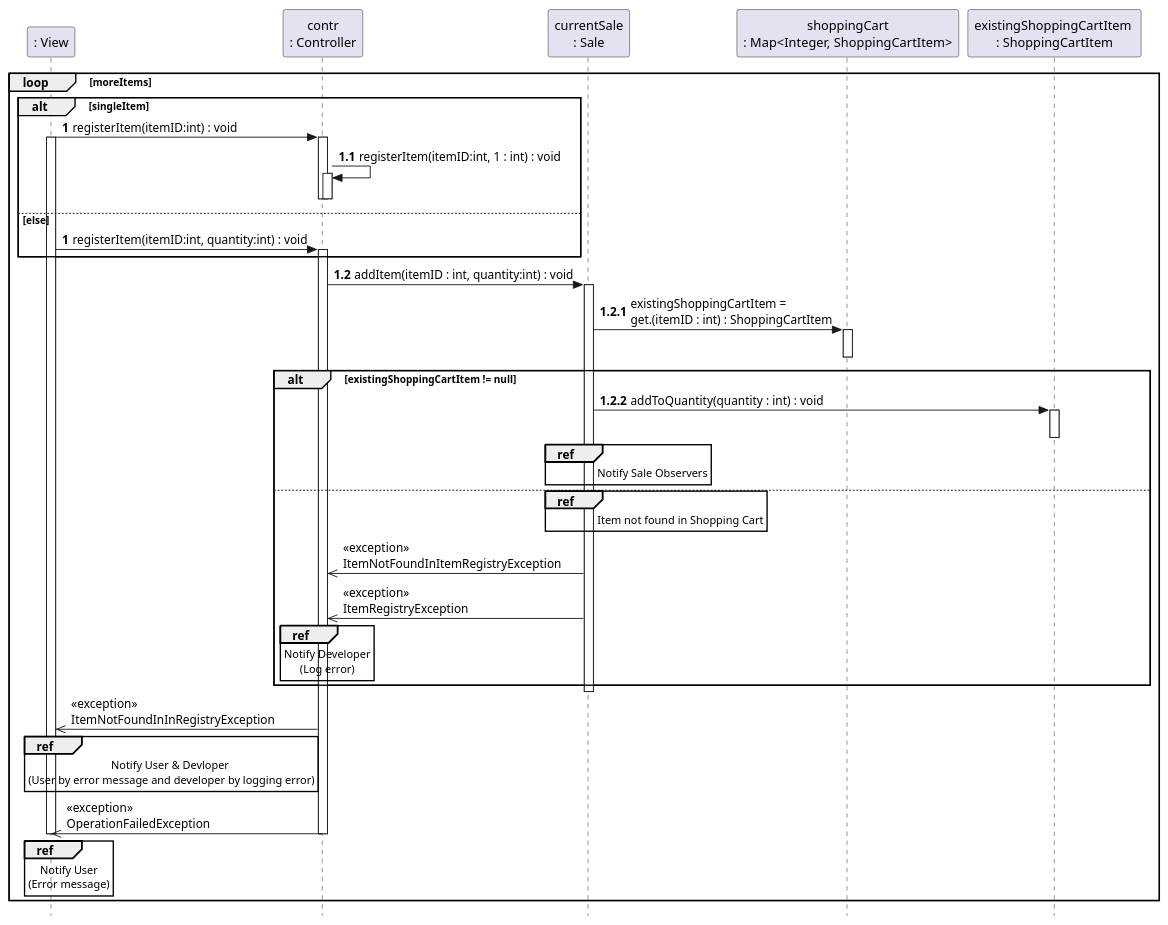
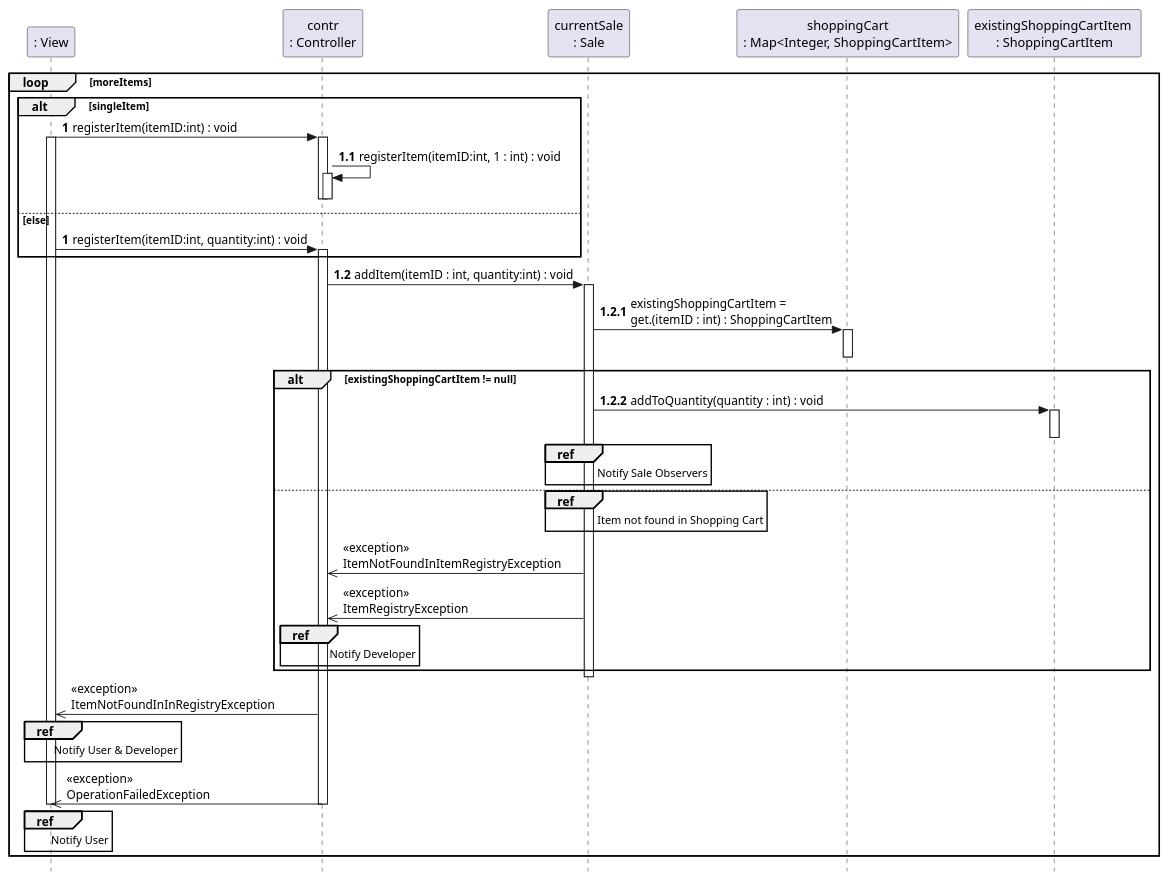
One commit to VincentFerrigan/kth-iv1350-object-oriented-design changed the seventh of 15 diagrams in uml/uml_v3.puml. Above: the diagram before and after it, drawn with PlantUML. The commit also changed other lines of this file, not shown here.

```diff
--- a/uml/uml_v3.puml
+++ b/uml/uml_v3.puml
@@ -671,75 +724,75 @@
 @startuml
 skinparam style strictuml
 
 'title registerItem
 'REGISTERITEM
 hide unlinked
 participant ": View" as View
 participant "contr\n: Controller" as contr
 participant "currentSale\n: Sale" as currentSale
 participant "shoppingCart\n: Map<Integer, ShoppingCartItem>" as shoppingCart
 participant ": RegistryHandler" as RegistryHandler
 'interface ": ItemRegistry" as ItemRegistry
 participant "<<interface>>\n: ItemRegistry" as ItemRegistry
 participant "existingShoppingCartItem \n: ShoppingCartItem" as oldItem
 participant "newShoppingCartItem\n: ShoppingCartItem" as newItem
 
 loop moreItems
 '[validIdentifier]
     alt singleItem
         autonumber 1
         View -> contr : registerItem(itemID:int) : void
         activate View
         activate contr
         autonumber 1.1
         contr -> contr : registerItem(itemID:int, 1 : int) : void
         activate contr
         deactivate contr
         deactivate contr
 
    else else
         autonumber 1
         View -> contr : registerItem(itemID:int, quantity:int) : void
         activate contr
    end
         autonumber 1.2
         contr -> currentSale : addItem(itemID : int, quantity:int) : void
         activate currentSale
             autonumber 1.2.1
             currentSale -> shoppingCart : existingShoppingCartItem = \nget.(itemID : int) : ShoppingCartItem
                 activate shoppingCart
                 deactivate shoppingCart
             alt existingShoppingCartItem != null
                 autonumber 1.2.2
                 currentSale -> oldItem : addToQuantity(quantity : int) : void
             ref over currentSale : \t\t Notify Sale Observers
                 activate oldItem
                 deactivate oldItem
             else
             ref over currentSale : \t\t Item not found in Shopping Cart
 
 '        activate currentSale
                 autonumber stop
                     contr <<- currentSale : <<exception>>\nItemNotFoundInItemRegistryException
                     contr <<- currentSale : <<exception>>\nItemRegistryException
-                    ref over contr : Notify Developer\l(Log error)
+                    ref over contr : \t\tNotify Developer
 
              end
 '            autonumber 1.2.3
 '            currentSale -> currentSale
 '            activate currentSale
 '            deactivate currentSale
             deactivate currentSale
                 autonumber stop
                     View <<- contr : <<exception>>\nItemNotFoundInInRegistryException
-                    ref over View : Notify User & Devloper \l(User by error message and developer by logging error)
+                    ref over View : \t Notify User & Developer
                     View <<- contr : <<exception>>\nOperationFailedException
-                    ref over View : Notify User\l(Error message)
+                    ref over View : \tNotify User
         autonumber stop
 
         deactivate contr
         deactivate View
 end
 
 autonumber stop
 @enduml
```
